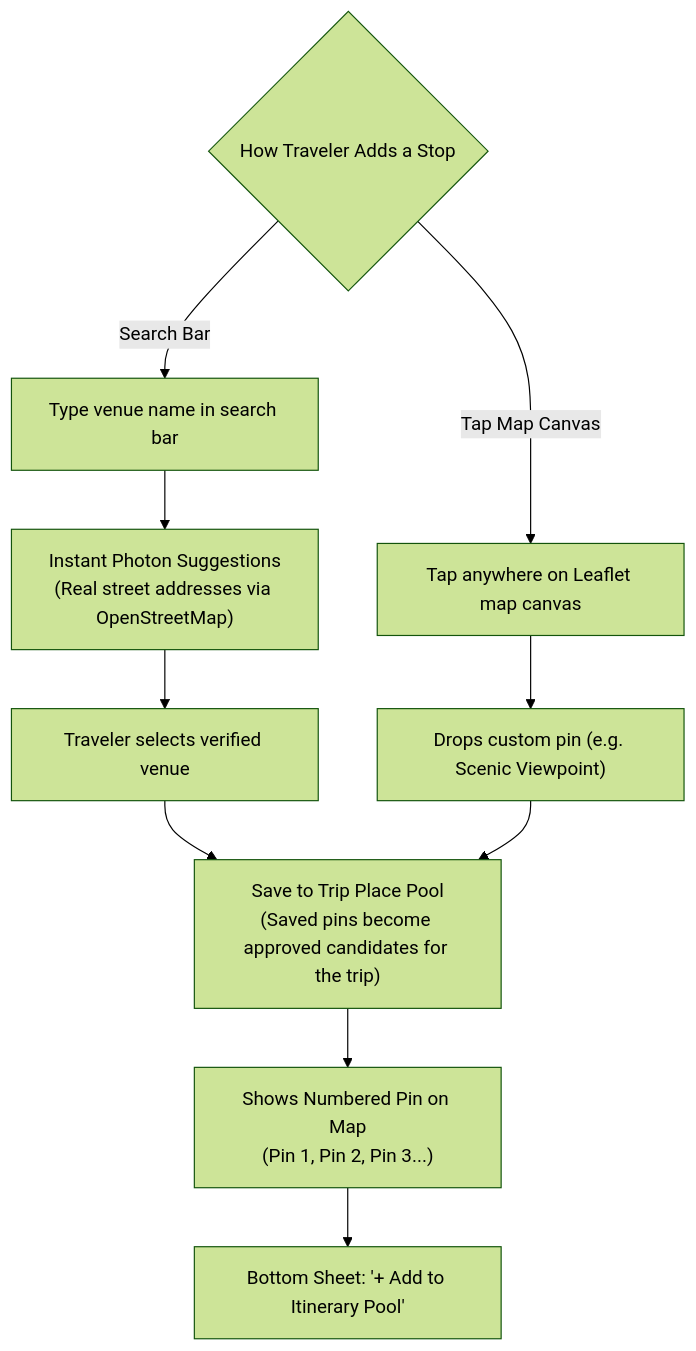
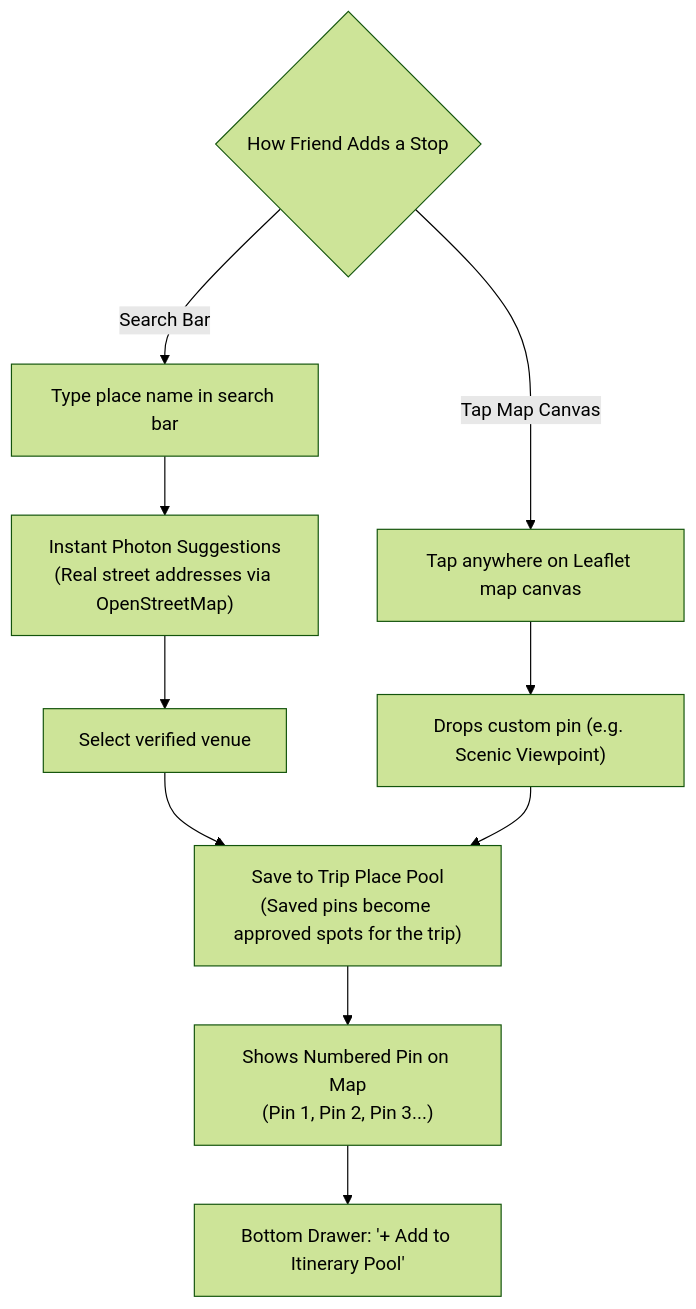
The tenth of 21 diagrams in README.md (nlzce/We-are-the-champions_Plan-B), drawn with Mermaid (forest theme) before and after one commit. The commit also changed other lines of this file, not shown here.

````diff
--- a/README.md
+++ b/README.md
@@ -368,17 +368,17 @@
 ```mermaid
 flowchart TD
-  HowToAdd{"How Traveler Adds a Stop"}
+  HowToAdd{"How Friend Adds a Stop"}
 
-  HowToAdd -->|Search Bar| TypeSearch["Type venue name in search bar"]
+  HowToAdd -->|Search Bar| TypeSearch["Type place name in search bar"]
   TypeSearch --> AutoList["Instant Photon Suggestions<br/>(Real street addresses via OpenStreetMap)"]
-  AutoList --> PickOne["Traveler selects verified venue"]
+  AutoList --> PickOne["Select verified venue"]
 
   HowToAdd -->|Tap Map Canvas| TapMap["Tap anywhere on Leaflet map canvas"]
   TapMap --> CustomPin["Drops custom pin (e.g. Scenic Viewpoint)"]
 
-  PickOne --> SavePool["Save to Trip Place Pool<br/>(Saved pins become approved candidates for the trip)"]
+  PickOne --> SavePool["Save to Trip Place Pool<br/>(Saved pins become approved spots for the trip)"]
   CustomPin --> SavePool
 
   SavePool --> RenderPin["Shows Numbered Pin on Map<br/>(Pin 1, Pin 2, Pin 3...)"]
-  RenderPin --> AddDrawer["Bottom Sheet: '+ Add to Itinerary Pool'"]
+  RenderPin --> AddDrawer["Bottom Drawer: '+ Add to Itinerary Pool'"]
 ```
````
